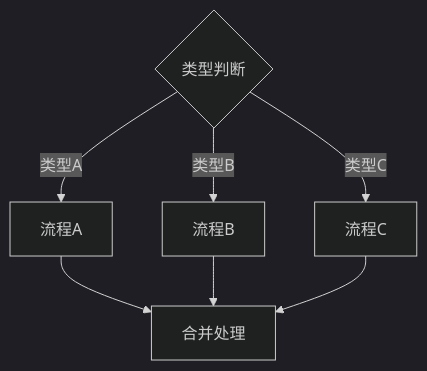
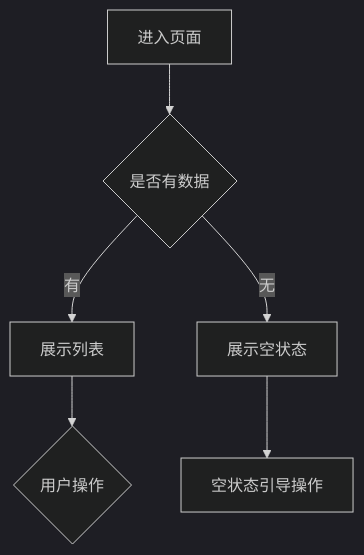
The second of 2 diagrams in rules/flowchart-rules.md (lyuxiaohei/logic-list-spec), drawn with Mermaid (dark theme) before and after one commit. The commit also changed other lines of this file and 3 other files, not shown here.

First line of the commit message:
refactor: V0.22 集成diagram-design辅助技能，SKILL.md路由化，新增VERSIONING.md

````diff
--- a/rules/flowchart-rules.md
+++ b/rules/flowchart-rules.md
@@ -145,10 +236,8 @@
 ```mermaid
-flowchart TB
-    Branch{类型判断}
-    Branch -->|类型A| FlowA[流程A]
-    Branch -->|类型B| FlowB[流程B]
-    Branch -->|类型C| FlowC[流程C]
-    FlowA --> Merge[合并处理]
-    FlowB --> Merge
-    FlowC --> Merge
+flowchart TD
+    A[进入页面] --> B{是否有数据}
+    B -->|有| C[展示列表]
+    B -->|无| D[展示空状态]
+    C --> E{用户操作}
+    D --> F[空状态引导操作]
 ```
````
